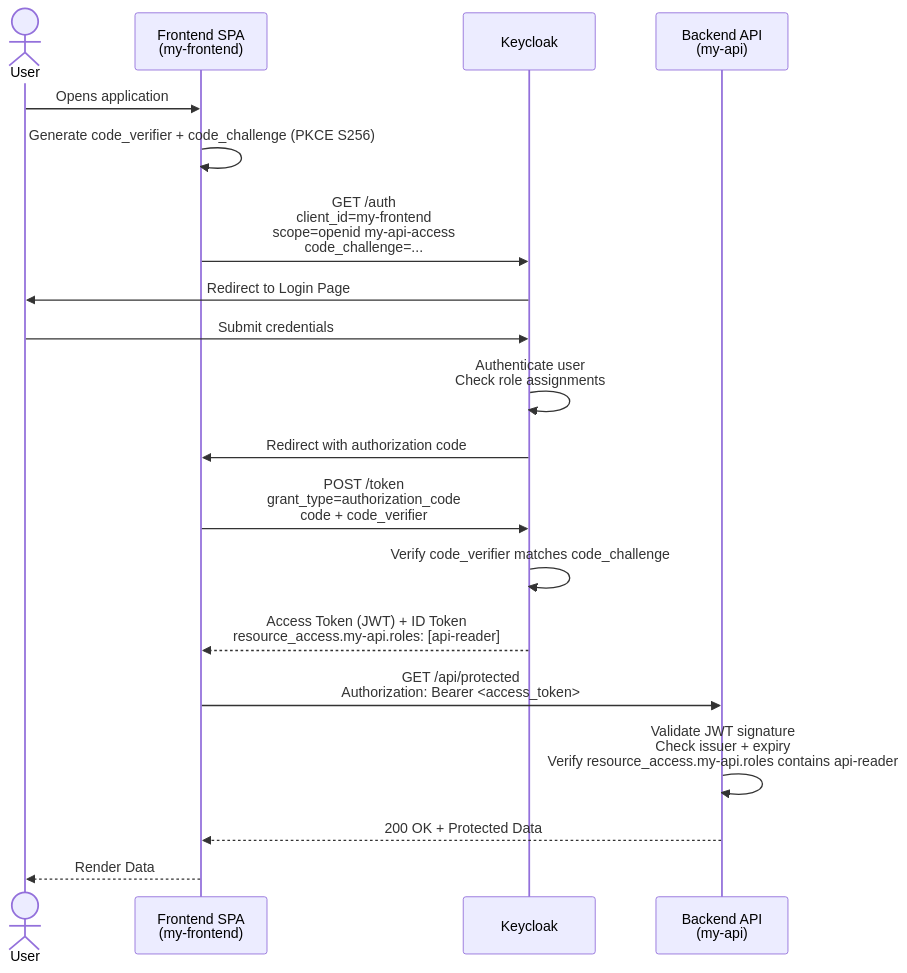
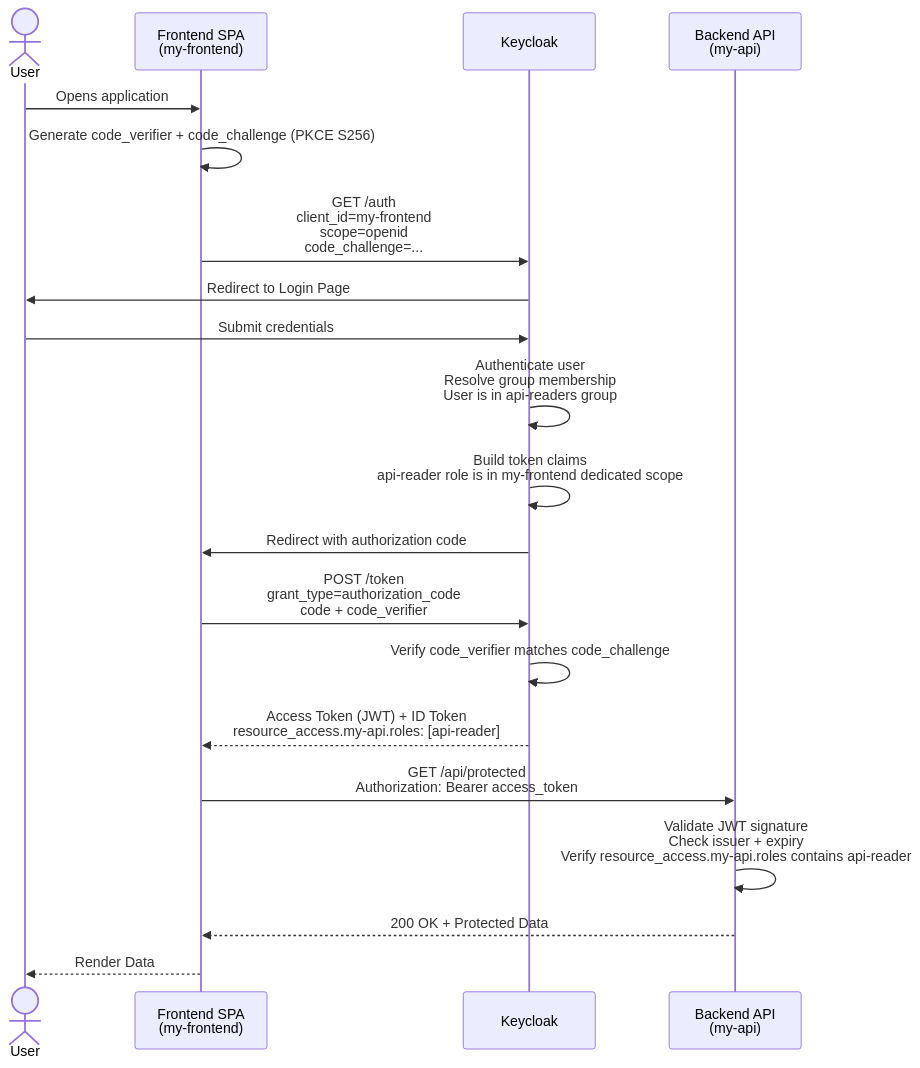
One commit to cyborghound/cyborghound.github.io changed the diagram in _posts/2026-03-15-keycloak-bearer-only-and-pkce-client-setup.md. Above: the diagram before and after it, drawn with Mermaid. The commit also changed other lines of this file, not shown here.

Commit message:
docs(post): rework auth pattern to use group-based roles and dedicated client scope

````diff
--- a/_posts/2026-03-15-keycloak-bearer-only-and-pkce-client-setup.md
+++ b/_posts/2026-03-15-keycloak-bearer-only-and-pkce-client-setup.md
@@ -112,30 +116,31 @@
 ```mermaid
 sequenceDiagram
     actor User
     participant SPA as Frontend SPA<br/>(my-frontend)
     participant KC as Keycloak
     participant API as Backend API<br/>(my-api)
 
     User->>SPA: Opens application
     SPA->>SPA: Generate code_verifier + code_challenge (PKCE S256)
 
-    SPA->>KC: GET /auth<br/>client_id=my-frontend<br/>scope=openid my-api-access<br/>code_challenge=...
+    SPA->>KC: GET /auth<br/>client_id=my-frontend<br/>scope=openid<br/>code_challenge=...
 
     KC->>User: Redirect to Login Page
     User->>KC: Submit credentials
 
-    KC->>KC: Authenticate user<br/>Check role assignments
+    KC->>KC: Authenticate user<br/>Resolve group membership<br/>User is in api-readers group
+    KC->>KC: Build token claims<br/>api-reader role is in my-frontend dedicated scope
     KC->>SPA: Redirect with authorization code
 
     SPA->>KC: POST /token<br/>grant_type=authorization_code<br/>code + code_verifier
 
     KC->>KC: Verify code_verifier matches code_challenge
     KC-->>SPA: Access Token (JWT) + ID Token<br/>resource_access.my-api.roles: [api-reader]
 
-    SPA->>API: GET /api/protected<br/>Authorization: Bearer <access_token>
+    SPA->>API: GET /api/protected<br/>Authorization: Bearer access_token
 
     API->>API: Validate JWT signature<br/>Check issuer + expiry<br/>Verify resource_access.my-api.roles contains api-reader
 
     API-->>SPA: 200 OK + Protected Data
     SPA-->>User: Render Data
 ```
````
